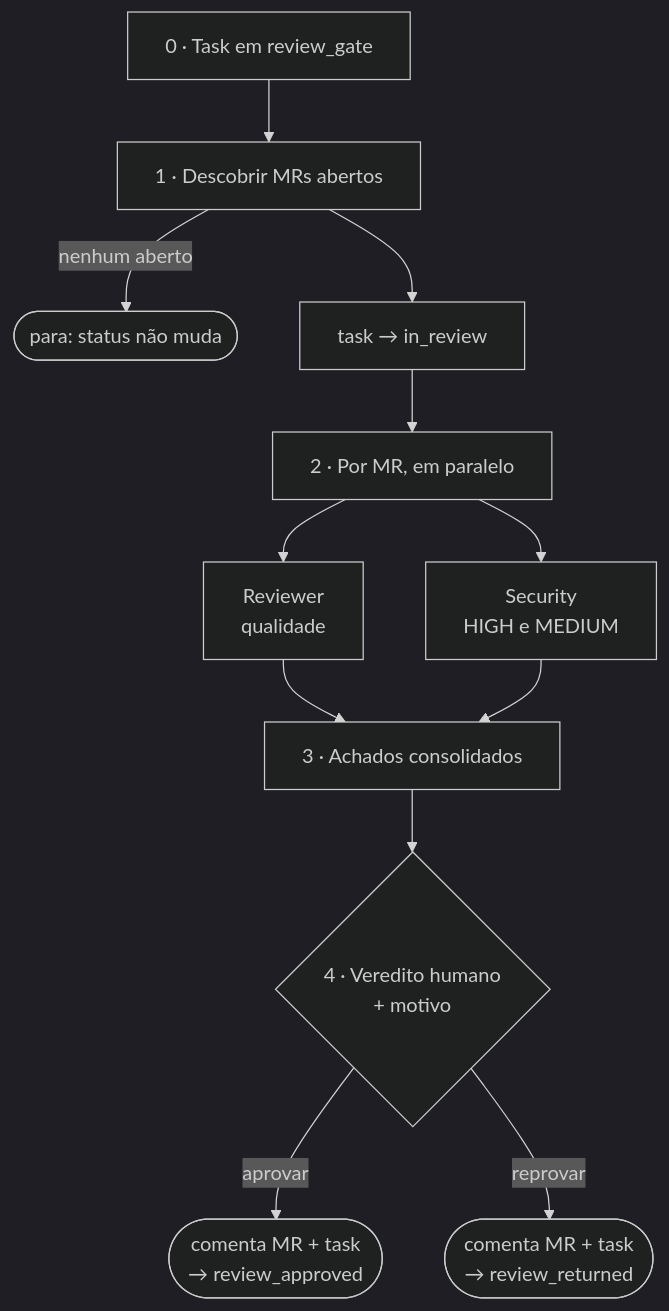
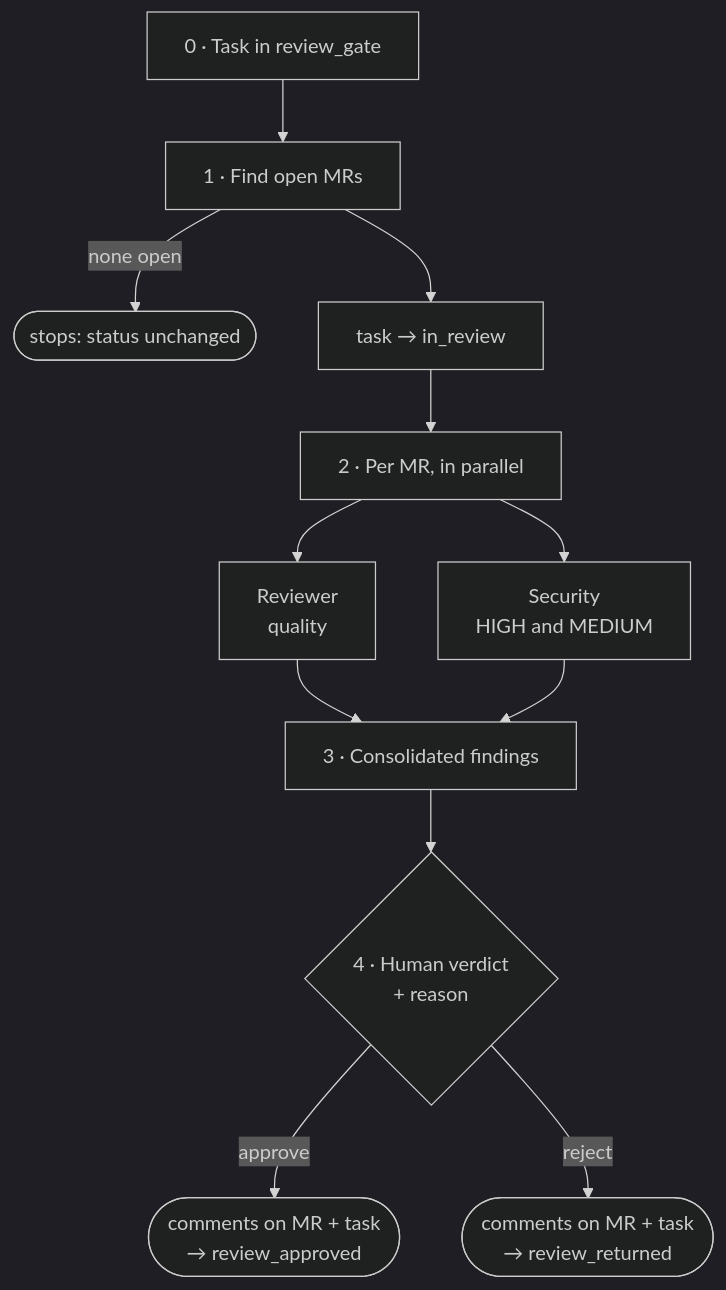
The diagram in docs/factories/cr.md (correaschneider/ai-factory), drawn with Mermaid (dark theme) before and after one commit. The commit also changed other lines of this file and 49 other files, not shown here.

````diff
--- a/docs/factories/cr.md
+++ b/docs/factories/cr.md
@@ -18,14 +18,14 @@
 ```mermaid
 flowchart TD
-    A[0 · Task em review_gate] --> B[1 · Descobrir MRs abertos]
-    B -->|nenhum aberto| X([para: status não muda])
+    A[0 · Task in review_gate] --> B[1 · Find open MRs]
+    B -->|none open| X([stops: status unchanged])
     B --> C[task → in_review]
-    C --> D[2 · Por MR, em paralelo]
-    D --> R[Reviewer<br/>qualidade]
-    D --> S[Security<br/>HIGH e MEDIUM]
-    R --> E[3 · Achados consolidados]
+    C --> D[2 · Per MR, in parallel]
+    D --> R[Reviewer<br/>quality]
+    D --> S[Security<br/>HIGH and MEDIUM]
+    R --> E[3 · Consolidated findings]
     S --> E
-    E --> H{4 · Veredito humano<br/>+ motivo}
-    H -->|aprovar| AP([comenta MR + task<br/>→ review_approved])
-    H -->|reprovar| RP([comenta MR + task<br/>→ review_returned])
+    E --> H{4 · Human verdict<br/>+ reason}
+    H -->|approve| AP([comments on MR + task<br/>→ review_approved])
+    H -->|reject| RP([comments on MR + task<br/>→ review_returned])
 ```
````
